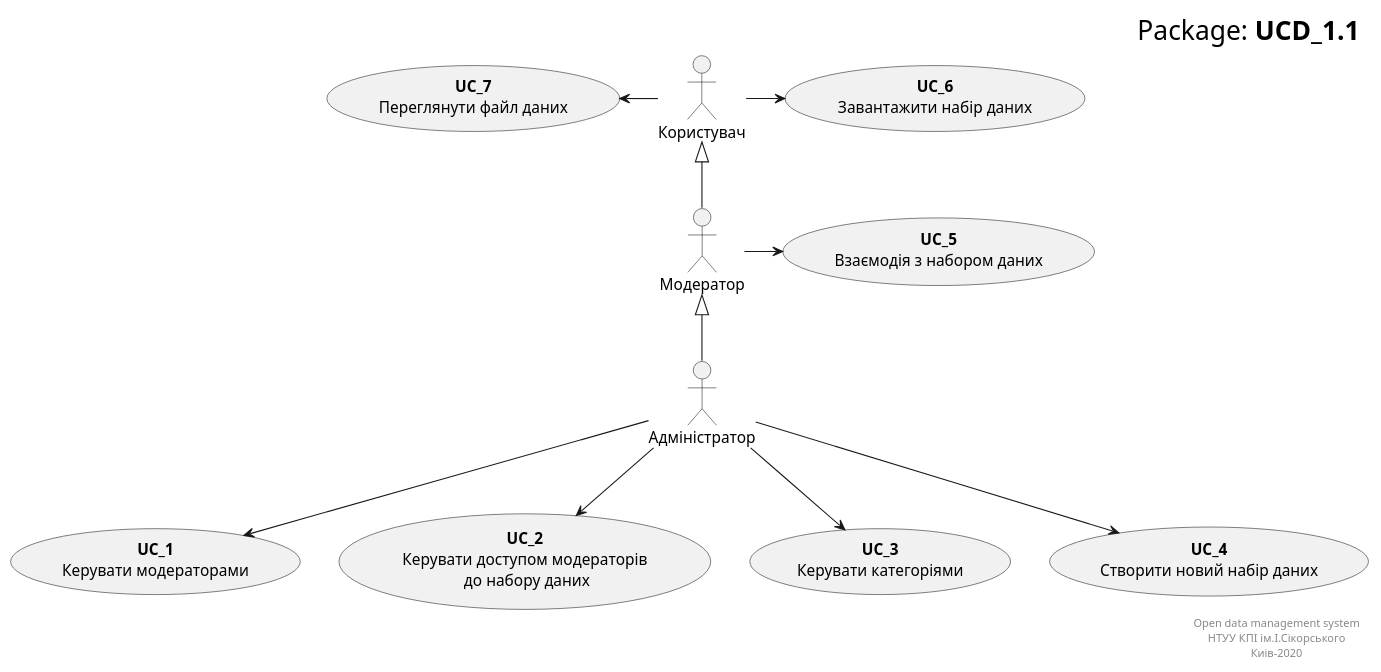
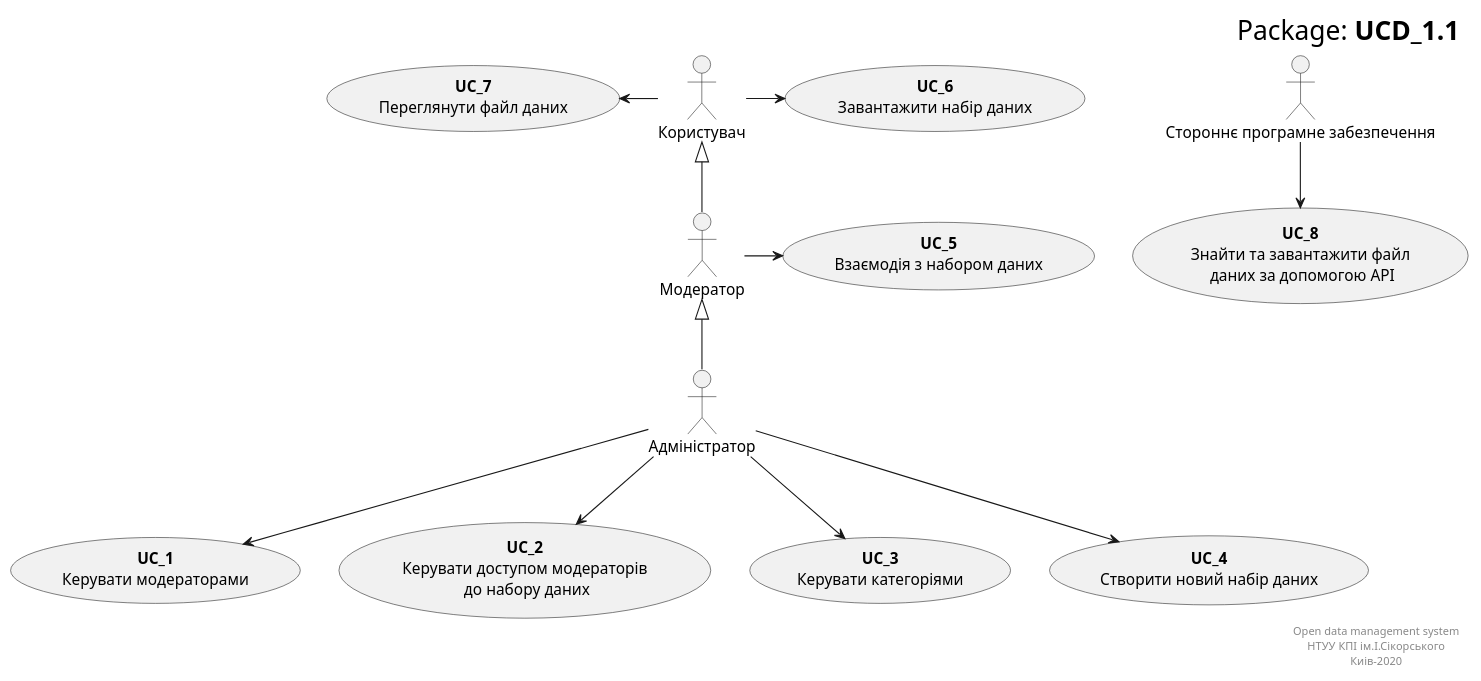
Before and after one commit to KarmazinN/db_open_data: the diagram in src/uml/usecase11.puml, drawn with PlantUML.

```diff
--- a/src/uml/usecase11.puml
+++ b/src/uml/usecase11.puml
@@ -1,40 +1,46 @@
 @startuml
 right header
         <font size=24 color=black>Package: <b>UCD_1.1
     end header
 
 actor :Адміністратор: as Admin
 actor :Модератор: as Moder
 actor :Користувач: as User
+actor :Стороннє програмне забезпечення: as Prog
 
 usecase "<b>UC_1</b>\nКерувати модераторами" as UC_1
 usecase "<b>UC_2</b>\nКерувати доступом модераторів\n до набору даних" as UC_2
 usecase "<b>UC_3</b>\nКерувати категоріями" as UC_3
 usecase "<b>UC_4</b>\nСтворити новий набір даних" as UC_4
 
 usecase "<b>UC_5</b>\nВзаємодія з набором даних" as UC_5
 
 usecase "<b>UC_6</b>\nЗавантажити набір даних" as UC_6
 usecase "<b>UC_7</b>\nПереглянути файл даних" as UC_7
+
+usecase "<b>UC_8</b>\nЗнайти та завантажити файл\n даних за допомогою API" as UC_8
+
 
 
 Admin -up-|> Moder
 Moder -up-|> User
 
 Admin --> UC_1
 Admin --> UC_2
 Admin --> UC_3
 Admin --> UC_4
 
 Moder -r-> UC_5
 
 User -r-> UC_6
 User -l-> UC_7
 
+Prog --> UC_8
+
 
     right footer
         Open data management system
         НТУУ КПІ ім.І.Сікорського
         Киів-2020
     end footer
 @enduml
```
